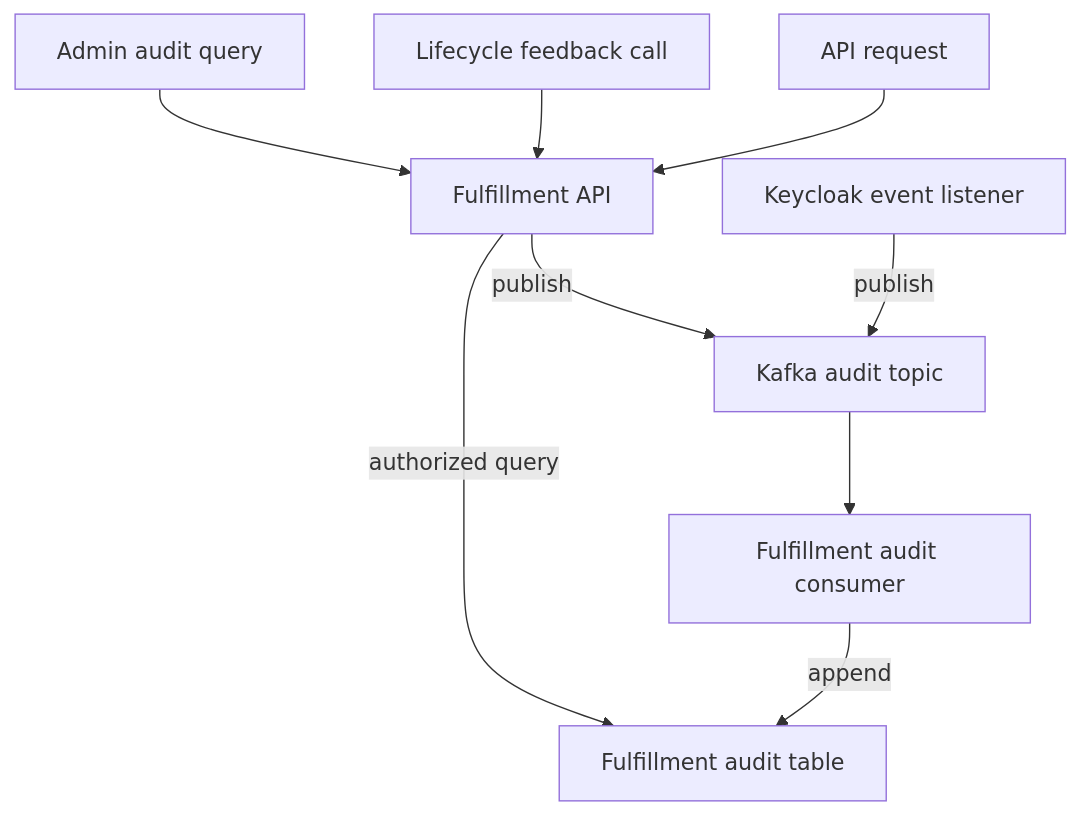
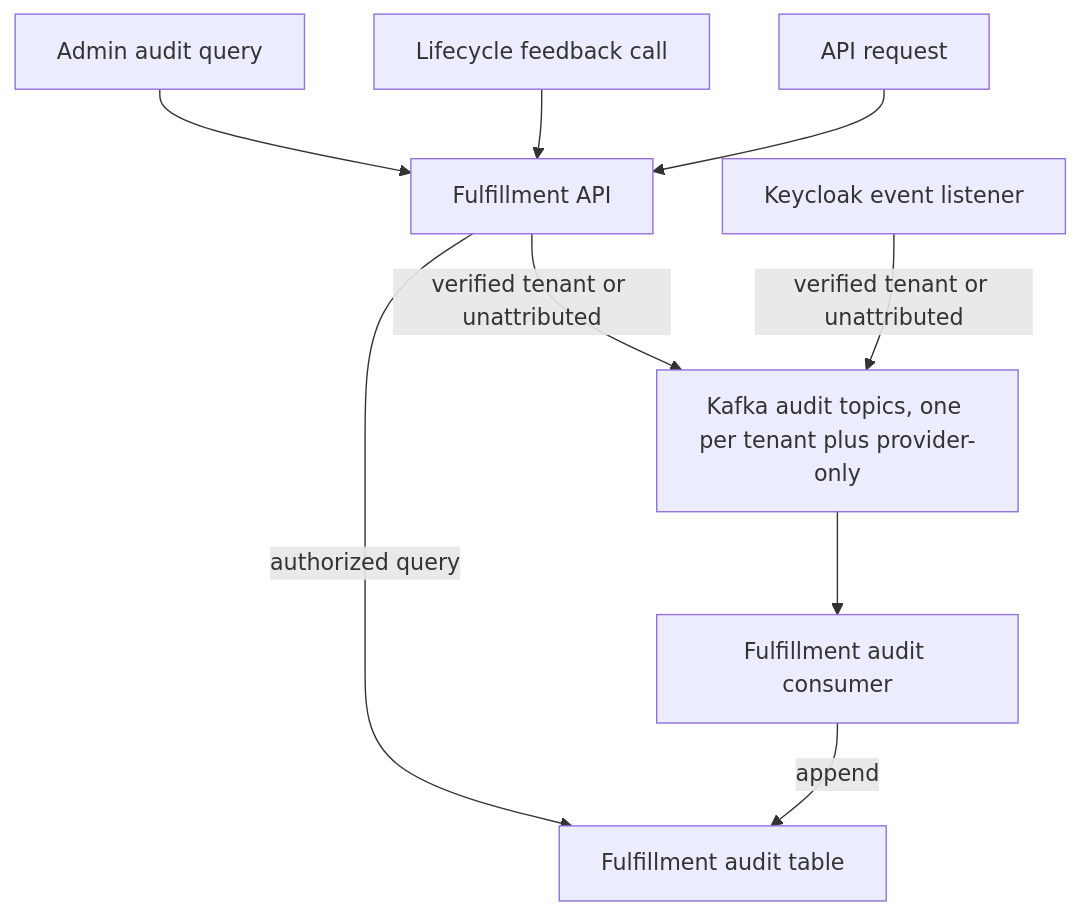
One commit to osac-project/enhancement-proposals changed the diagram in enhancements/OSAC-63-audit-log-api/design.md. Above: the diagram before and after it, drawn with Mermaid. The commit also changed other lines of this file and 1 other file, not shown here.

Commit message:
OSAC-63: Use tenant-scoped audit topics

````diff
--- a/enhancements/OSAC-63-audit-log-api/design.md
+++ b/enhancements/OSAC-63-audit-log-api/design.md
@@ -34,11 +38,11 @@
 ```mermaid
 flowchart TB
   Request["API request"] --> Fulfillment["Fulfillment API"]
   LifecycleFeedbackCall["Lifecycle feedback call"] --> Fulfillment
   Admin["Admin audit query"] --> Fulfillment
-  Fulfillment -->|publish| AuditTopic["Kafka audit topic"]
-  Keycloak["Keycloak event listener"] -->|publish| AuditTopic
-  AuditTopic --> AuditConsumer["Fulfillment audit consumer"]
+  Fulfillment -->|verified tenant or unattributed| AuditTopics["Kafka audit topics, one per tenant plus provider-only"]
+  Keycloak["Keycloak event listener"] -->|verified tenant or unattributed| AuditTopics
+  AuditTopics --> AuditConsumer["Fulfillment audit consumer"]
   AuditConsumer -->|append| AuditTable["Fulfillment audit table"]
   Fulfillment -->|authorized query| AuditTable
 ```
````
